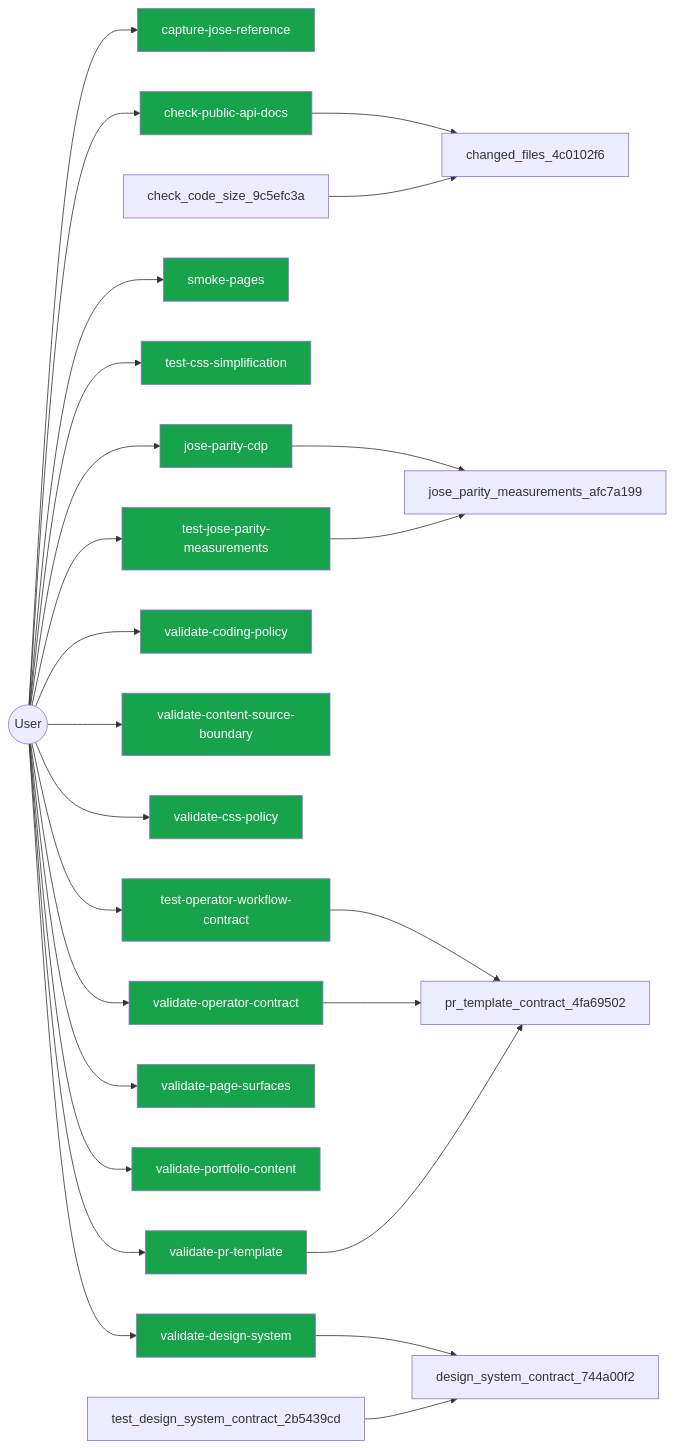
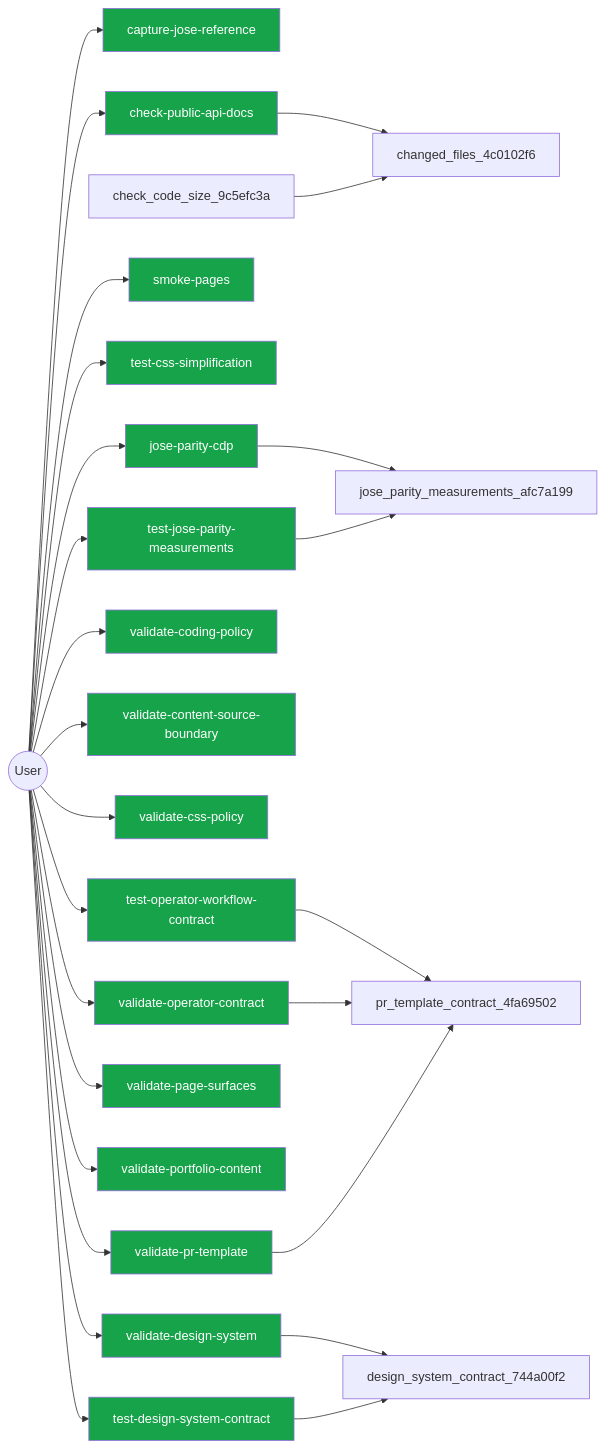
One commit to jscraik/websites changed the diagram in .diagram/user.mmd. Above: the diagram before and after it, drawn with Mermaid. The commit also changed 28 other files, not shown here.

```diff
--- a/.diagram/user.mmd
+++ b/.diagram/user.mmd
@@ -1,43 +1,45 @@
 flowchart LR
   User(("User"))
   capture_jose_reference_e7b66705["capture-jose-reference"]
   User --> capture_jose_reference_e7b66705
   check_public_api_docs_a9604f1b["check-public-api-docs"]
   User --> check_public_api_docs_a9604f1b
   jose_parity_cdp_bdcde21d["jose-parity-cdp"]
   User --> jose_parity_cdp_bdcde21d
   smoke_pages_9a92b30d["smoke-pages"]
   User --> smoke_pages_9a92b30d
   test_css_simplification_05516724["test-css-simplification"]
   User --> test_css_simplification_05516724
   test_jose_parity_measurements_2477824f["test-jose-parity-measurements"]
   User --> test_jose_parity_measurements_2477824f
   test_operator_workflow_contract_b4a152d7["test-operator-workflow-contract"]
   User --> test_operator_workflow_contract_b4a152d7
   validate_coding_policy_29976175["validate-coding-policy"]
   User --> validate_coding_policy_29976175
   validate_content_source_boundary_8a6f121b["validate-content-source-boundary"]
   User --> validate_content_source_boundary_8a6f121b
   validate_css_policy_1c5ec854["validate-css-policy"]
   User --> validate_css_policy_1c5ec854
   validate_design_system_b8a5f37c["validate-design-system"]
   User --> validate_design_system_b8a5f37c
   validate_operator_contract_f777ed78["validate-operator-contract"]
   User --> validate_operator_contract_f777ed78
   validate_page_surfaces_078ef6b6["validate-page-surfaces"]
   User --> validate_page_surfaces_078ef6b6
   validate_portfolio_content_6d36990e["validate-portfolio-content"]
   User --> validate_portfolio_content_6d36990e
   validate_pr_template_1fc39e13["validate-pr-template"]
   User --> validate_pr_template_1fc39e13
   check_public_api_docs_a9604f1b --> changed_files_4c0102f6
   jose_parity_cdp_bdcde21d --> jose_parity_measurements_afc7a199
   test_jose_parity_measurements_2477824f --> jose_parity_measurements_afc7a199
   test_operator_workflow_contract_b4a152d7 --> pr_template_contract_4fa69502
   validate_design_system_b8a5f37c --> design_system_contract_744a00f2
   validate_operator_contract_f777ed78 --> pr_template_contract_4fa69502
   validate_pr_template_1fc39e13 --> pr_template_contract_4fa69502
   check_code_size_9c5efc3a --> changed_files_4c0102f6
   test_design_system_contract_2b5439cd --> design_system_contract_744a00f2
   classDef userNode fill:#16a34a,color:#fff
-  class capture_jose_reference_e7b66705,check_public_api_docs_a9604f1b,jose_parity_cdp_bdcde21d,smoke_pages_9a92b30d,test_css_simplification_05516724,test_jose_parity_measurements_2477824f,test_operator_workflow_contract_b4a152d7,validate_coding_policy_29976175,validate_content_source_boundary_8a6f121b,validate_css_policy_1c5ec854,validate_design_system_b8a5f37c,validate_operator_contract_f777ed78,validate_page_surfaces_078ef6b6,validate_portfolio_content_6d36990e,validate_pr_template_1fc39e13 userNode
+  test_design_system_contract_2b5439cd["test-design-system-contract"]
+  User --> test_design_system_contract_2b5439cd
+  class capture_jose_reference_e7b66705,check_public_api_docs_a9604f1b,jose_parity_cdp_bdcde21d,smoke_pages_9a92b30d,test_css_simplification_05516724,test_jose_parity_measurements_2477824f,test_operator_workflow_contract_b4a152d7,validate_coding_policy_29976175,validate_content_source_boundary_8a6f121b,validate_css_policy_1c5ec854,validate_design_system_b8a5f37c,validate_operator_contract_f777ed78,validate_page_surfaces_078ef6b6,validate_portfolio_content_6d36990e,validate_pr_template_1fc39e13,test_design_system_contract_2b5439cd userNode
```
